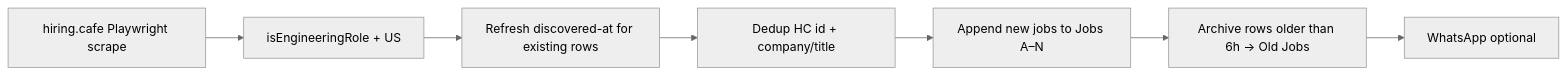
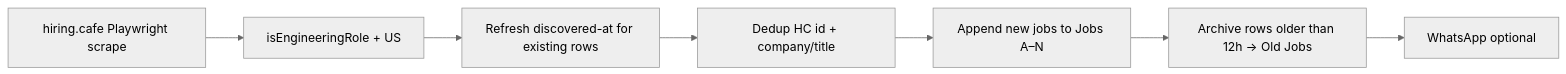
The diagram in docs/JOBS-PIPELINE.md (koundinyapidaparthydev/koundinyaportfolio), drawn with Mermaid (neutral theme) before and after one commit. The commit also changed other lines of this file and 11 other files, not shown here.

````diff
--- a/docs/JOBS-PIPELINE.md
+++ b/docs/JOBS-PIPELINE.md
@@ -13,10 +15,10 @@
 ```mermaid
 flowchart LR
   HC[hiring.cafe Playwright scrape]
   HC --> Filter[isEngineeringRole + US]
   Filter --> Refresh[Refresh discovered-at for existing rows]
   Refresh --> Dedup[Dedup HC id + company/title]
   Dedup --> Sheet[Append new jobs to Jobs A–N]
-  Sheet --> Archive[Archive rows older than 6h → Old Jobs]
+  Sheet --> Archive[Archive rows older than 12h → Old Jobs]
   Archive --> Notify[WhatsApp optional]
 ```
````
